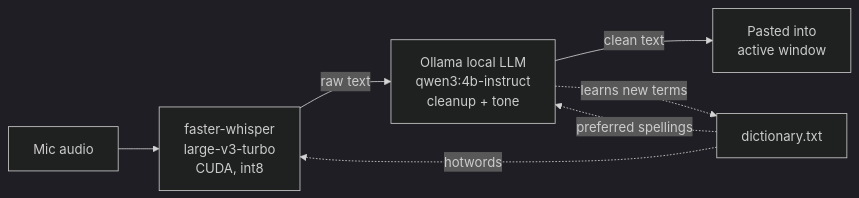
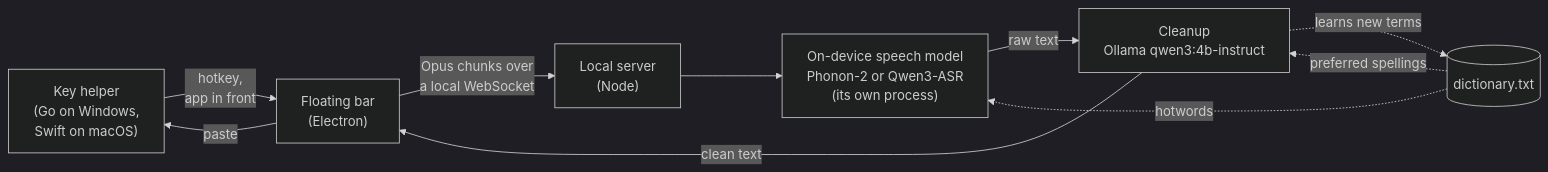
One commit to zghanw/whisprflow changed the diagram in README.md. Above: the diagram before and after it, drawn with Mermaid (dark theme). The commit also changed other lines of this file and 17 other files, not shown here.

````diff
--- a/README.md
+++ b/README.md
@@ -68,9 +75,12 @@
 ```mermaid
 flowchart LR
-    A["Mic audio"] --> B["faster-whisper<br/>large-v3-turbo<br/>CUDA, int8"]
-    B -->|"raw text"| C["Ollama local LLM<br/>qwen3:4b-instruct<br/>cleanup + tone"]
-    C -->|"clean text"| D["Pasted into<br/>active window"]
-    C -.->|"learns new terms"| E["dictionary.txt"]
-    E -.->|"hotwords"| B
-    E -.->|"preferred spellings"| C
+    K["Key helper<br/>(Go on Windows,<br/>Swift on macOS)"] -->|"hotkey,<br/>app in front"| B["Floating bar<br/>(Electron)"]
+    B -->|"Opus chunks over<br/>a local WebSocket"| S["Local server<br/>(Node)"]
+    S --> T["On-device speech model<br/>Phonon-2 or Qwen3-ASR<br/>(its own process)"]
+    T -->|"raw text"| P["Cleanup<br/>Ollama qwen3:4b-instruct"]
+    P -->|"clean text"| B
+    B -->|"paste"| K
+    D[("dictionary.txt")] -.->|"hotwords"| T
+    D -.->|"preferred spellings"| P
+    P -.->|"learns new terms"| D
 ```
````
